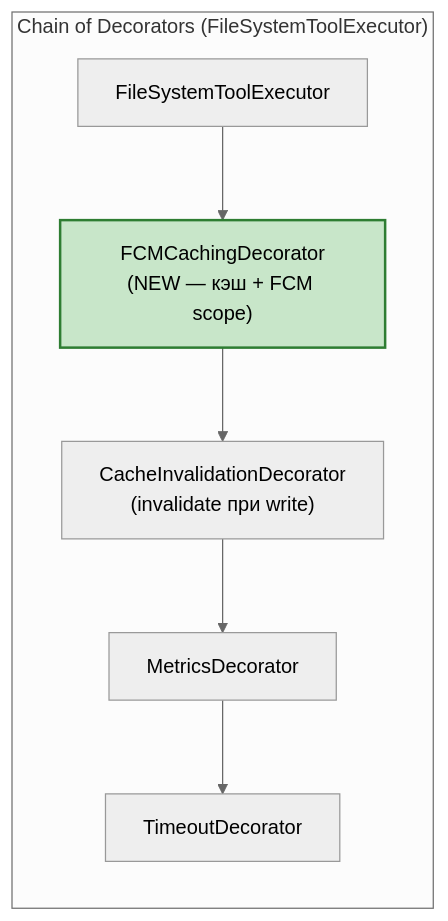
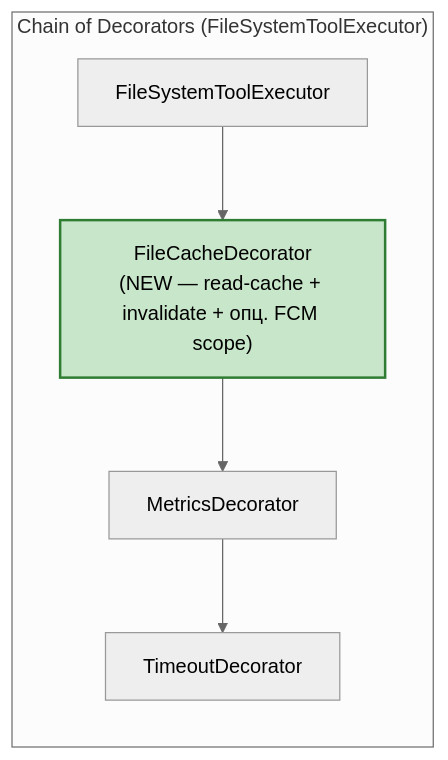
One commit to pese-git/codelab-agent changed the second of 21 diagrams in doc/internals/architecture/fcm/AGENT_LOOP_INTEGRATION.md. Above: the diagram before and after it, drawn with Mermaid (neutral theme). The commit also changed other lines of this file and 6 other files, not shown here.

````diff
--- a/doc/internals/architecture/fcm/AGENT_LOOP_INTEGRATION.md
+++ b/doc/internals/architecture/fcm/AGENT_LOOP_INTEGRATION.md
@@ -247,17 +249,15 @@
 ```mermaid
 graph LR
     subgraph Chain["Chain of Decorators (FileSystemToolExecutor)"]
         Base["FileSystemToolExecutor"]
-        FCMCache["FCMCachingDecorator<br/>(NEW — кэш + FCM scope)"]
-        CacheInv["CacheInvalidationDecorator<br/>(invalidate при write)"]
+        FC["FileCacheDecorator<br/>(NEW — read-cache + invalidate + опц. FCM scope)"]
         Metrics["MetricsDecorator"]
         Timeout["TimeoutDecorator"]
-        
-        Base --> FCMCache
-        FCMCache --> CacheInv
-        CacheInv --> Metrics
+
+        Base --> FC
+        FC --> Metrics
         Metrics --> Timeout
     end
-    
-    style FCMCache fill:#c8e6c9,stroke:#2e7d32,stroke-width:2px
+
+    style FC fill:#c8e6c9,stroke:#2e7d32,stroke-width:2px
 ```
````
